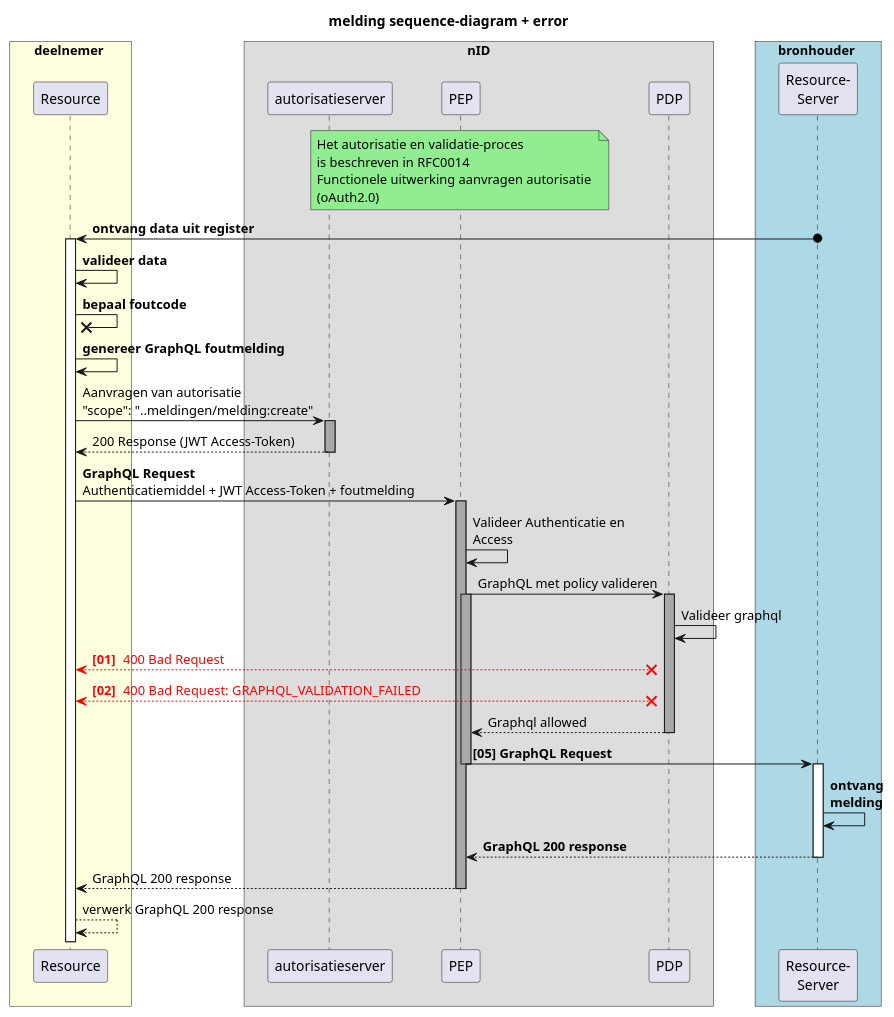
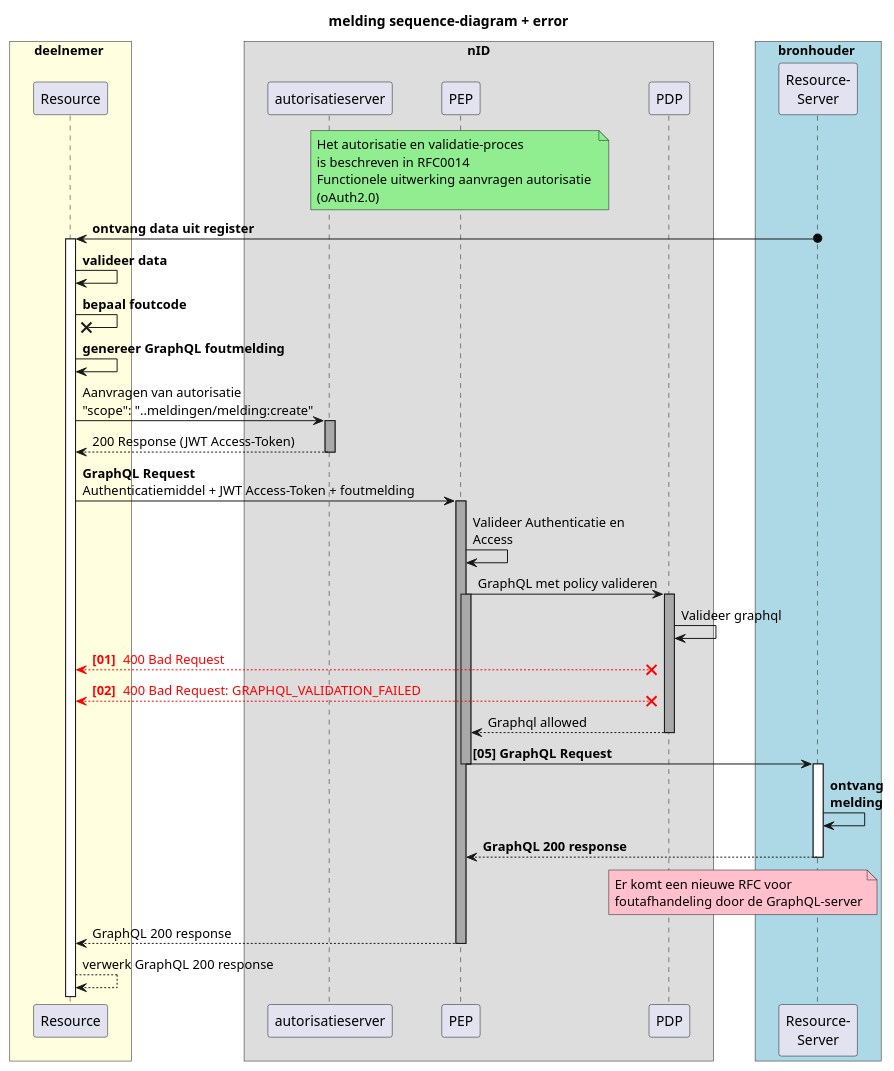
The diagram in plantUMLsrc/rfc0018-03-foutmelden-errors.puml (iStandaarden/iWlz-RequestForComment), drawn with PlantUML before and after one commit. The commit also changed 4 other files, not shown here.

```diff
--- a/plantUMLsrc/rfc0018-03-foutmelden-errors.puml
+++ b/plantUMLsrc/rfc0018-03-foutmelden-errors.puml
@@ -1,62 +1,62 @@
-@startuml rfc008-03-notificatie_sequence_error
+@startuml rfc008-03-foutmelden-errors
 title melding sequence-diagram + error
 skinparam handwritten false
 skinparam participantpadding 20
 skinparam boxpadding 20
 
 box deelnemer #lightyellow
   participant "Resource" as Resource
 end box
 
 box "nID"
   participant "autorisatieserver" as AuthzServer
   participant "PEP" as PEP
   participant "PDP" as PDP
 end box
 
 box bronhouder #lightblue
   participant "Resource-\nServer" as ResServer
 end box
 
 note over PEP #lightgreen: Het autorisatie en validatie-proces \nis beschreven in RFC0014 \nFunctionele uitwerking aanvragen autorisatie \n(oAuth2.0) 
 
 
 ResServer o-> Resource: <b>ontvang data uit register
 activate Resource 
   Resource -> Resource: <b>valideer data
   Resource -x Resource : <b>bepaal foutcode
   Resource -> Resource: <b>genereer GraphQL foutmelding
 
   Resource -> AuthzServer: Aanvragen van autorisatie\n"scope": "..meldingen/melding:create" 
     activate AuthzServer #Darkgrey
         AuthzServer --> Resource --: 200 Response (JWT Access-Token) 
     deactivate AuthzServer
   Resource -> PEP: **GraphQL Request **\nAuthenticatiemiddel + JWT Access-Token + foutmelding
 
   activate PEP #Darkgrey
 
   PEP -> PEP: Valideer Authenticatie en \nAccess
   PEP -> PDP: GraphQL met policy valideren
     activate PEP #Darkgrey
       activate PDP #Darkgrey
       PDP -> PDP: Valideer graphql
         autonumber "<color:red><b>[00]"
           Resource <-[#red]-X PDP: <color:red> 400 Bad Request
           Resource <-[#red]-X PDP: <color:red> 400 Bad Request: GRAPHQL_VALIDATION_FAILED       
         autonumber stop
 
         PDP --> PEP: Graphql allowed
       deactivate PDP
       PEP -> ResServer: **[05] GraphQL Request**
     deactivate PEP
 
     activate ResServer
     ResServer -> ResServer: <b>ontvang \n<b>melding
     ResServer --> PEP: <b>GraphQL 200 response
     deactivate ResServer
-
+    note over PDP, ResServer #pink: Er komt een nieuwe RFC voor \nfoutafhandeling door de GraphQL-server
     PEP --> Resource: GraphQL 200 response
     deactivate PEP 
     Resource --> Resource: verwerk GraphQL 200 response
 
   @enduml
```
